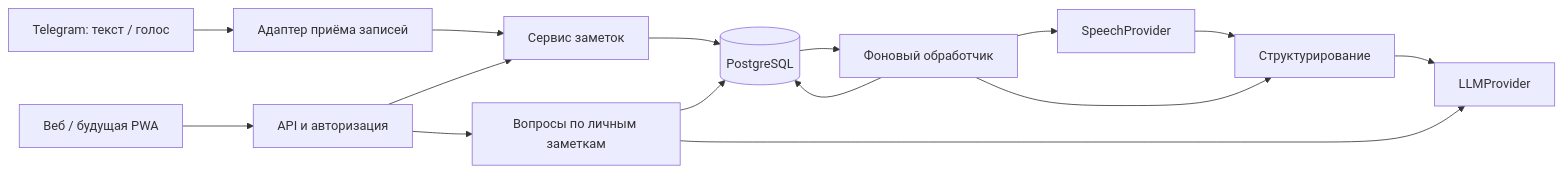
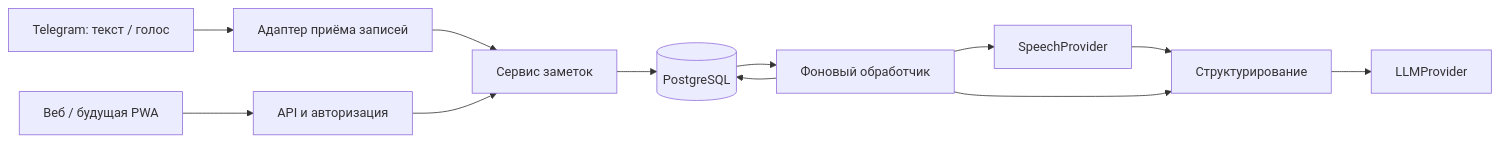
Before and after one commit to Vafailer/Disrupt: the diagram in docs/backend-plan.md, drawn with Mermaid. The commit also changed other lines of this file and 1 other file, not shown here.

````diff
--- a/docs/backend-plan.md
+++ b/docs/backend-plan.md
@@ -27,17 +31,14 @@
 ```mermaid
 flowchart LR
     W[Веб / будущая PWA] --> API[API и авторизация]
     T[Telegram: текст / голос] --> IN[Адаптер приёма записей]
     IN --> S[Сервис заметок]
     API --> S
     S --> DB[(PostgreSQL)]
     DB --> JOB[Фоновый обработчик]
     JOB --> STT[SpeechProvider]
     STT --> STRUCT[Структурирование]
     JOB --> STRUCT
     STRUCT --> LLM[LLMProvider]
-    API --> CHAT[Вопросы по личным заметкам]
-    CHAT --> DB
-    CHAT --> LLM
     JOB --> DB
 ```
````
